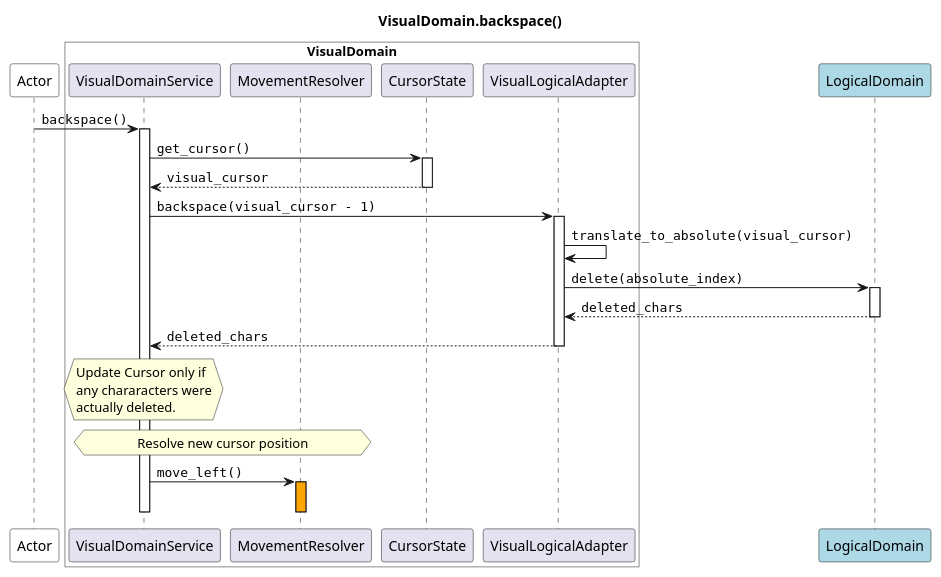
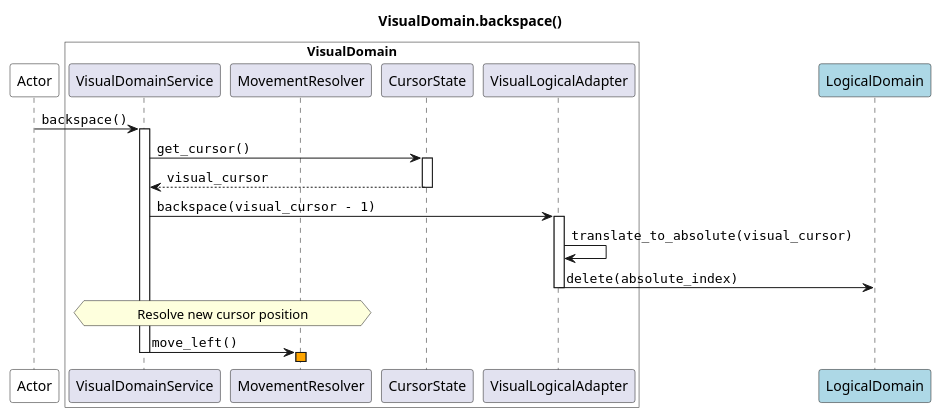
The diagram in docs/source/specs/architecture/diagrams/sequence/seq_backspace_visual.puml (JoeRittiner/TextEngine), drawn with PlantUML before and after one commit. The commit also changed 12 other files, not shown here.

```diff
--- a/docs/source/specs/architecture/diagrams/sequence/seq_backspace_visual.puml
+++ b/docs/source/specs/architecture/diagrams/sequence/seq_backspace_visual.puml
@@ -1,33 +1,32 @@
 @startuml
 
 title VisualDomain.backspace()
 
 participant Actor as app #white
 box "VisualDomain" #white
     participant VisualDomainService as VS
     participant MovementResolver as MR
     participant CursorState as CS
     participant VisualLogicalAdapter as VA
 end box
 participant LogicalDomain as LD #lightblue
 
 app -> VS : ""backspace()""
 activate VS
     VS -> CS : ""get_cursor()""
     activate CS
-        return ""visual_cursor""
+    return ""visual_cursor""
+
     VS -> VA : ""backspace(visual_cursor - 1)""
     activate VA
         VA -> VA : ""translate_to_absolute(visual_cursor)""
         VA -> LD : ""delete(absolute_index)""
-        activate LD
-            return ""deleted_chars""
-        return ""deleted_chars""
-    hnote over VS : Update Cursor only if\nany chararacters were\nactually deleted.
+    deactivate VA
         hnote over VS, MR : Resolve new cursor position
     VS -> MR : ""move_left()""
-    activate MR #orange
-        deactivate MR
-    deactivate VS
+deactivate VS
+
+activate MR #orange
+    deactivate MR
 
 @enduml
```
